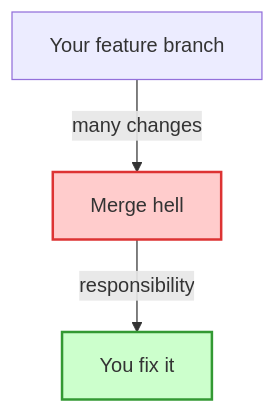
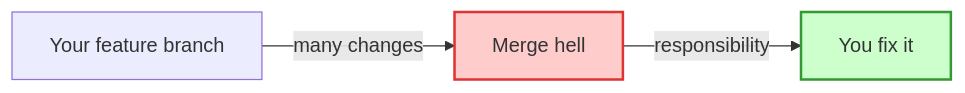
One commit to Research-Center-Data-Intelligence/CHIMP changed the diagram in GIT_GUIDELINES.md. Above: the diagram before and after it, drawn with Mermaid.

Commit message:
Fix flowchart direction in GIT guidelines for clarity

````diff
--- a/GIT_GUIDELINES.md
+++ b/GIT_GUIDELINES.md
@@ -9,7 +9,7 @@
    ```mermaid
-   flowchart TD
+   flowchart LR
          A[Your feature branch] -- many changes --> B[Merge hell]
          B -- responsibility --> C[You fix it]
          style B fill:#ffcccc,stroke:#d33,stroke-width:2px
          style C fill:#ccffcc,stroke:#393,stroke-width:2px
    ```
````
